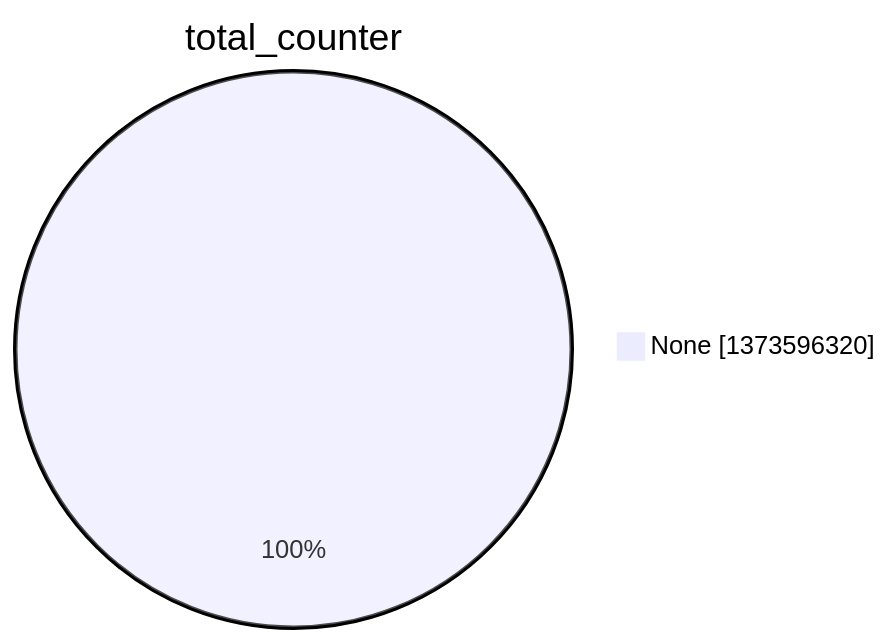
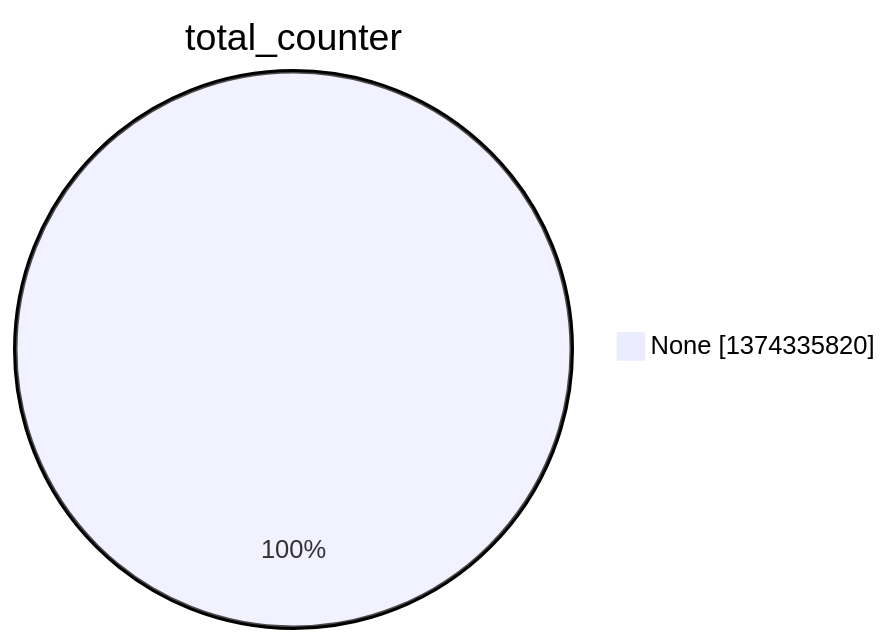
Before and after one commit to christiankrug/ctmonitor_visualization: the second of 15 diagrams in argon2022/README.md, drawn with Mermaid. The commit also changed other lines of this file, not shown here.

````diff
--- a/argon2022/README.md
+++ b/argon2022/README.md
@@ -9,5 +9,5 @@
 ```mermaid
 pie showData
 title total_counter
-"None" :1373596320
+"None" :1374335820
 ```
````
